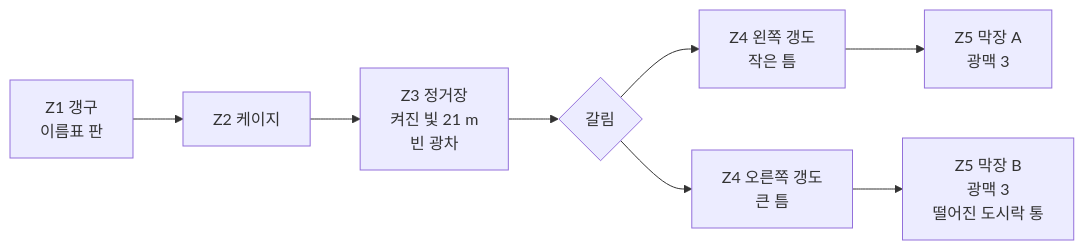
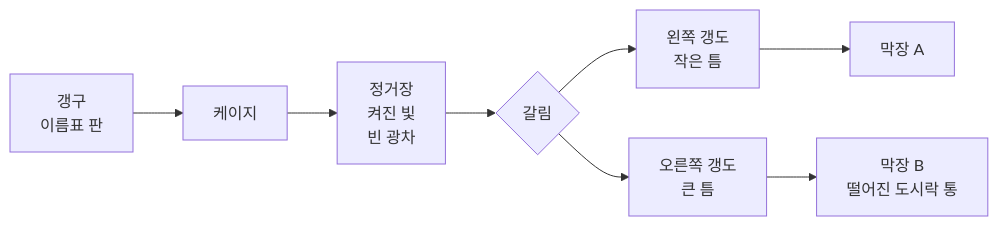
Before and after one commit to jhyun1234/Tunnel: the fourth of 8 diagrams in docs/기획서/기획서.md, drawn with Mermaid. The commit also changed other lines of this file and 3 other files, not shown here.

````diff
--- a/docs/기획서/기획서.md
+++ b/docs/기획서/기획서.md
@@ -372,10 +589,10 @@
 ```mermaid
 flowchart LR
-  G["Z1 갱구<br/>이름표 판"] --> C["Z2 케이지"]
-  C --> S["Z3 정거장<br/>켜진 빛 21 m<br/>빈 광차"]
+  G["갱구<br/>이름표 판"] --> C["케이지"]
+  C --> S["정거장<br/>켜진 빛<br/>빈 광차"]
   S --> T{"갈림"}
-  T --> L["Z4 왼쪽 갱도<br/>작은 틈"]
-  T --> R["Z4 오른쪽 갱도<br/>큰 틈"]
-  L --> F1["Z5 막장 A<br/>광맥 3"]
-  R --> F2["Z5 막장 B<br/>광맥 3<br/>떨어진 도시락 통"]
+  T --> L["왼쪽 갱도<br/>작은 틈"]
+  T --> R["오른쪽 갱도<br/>큰 틈"]
+  L --> F1["막장 A"]
+  R --> F2["막장 B<br/>떨어진 도시락 통"]
 ```
````
